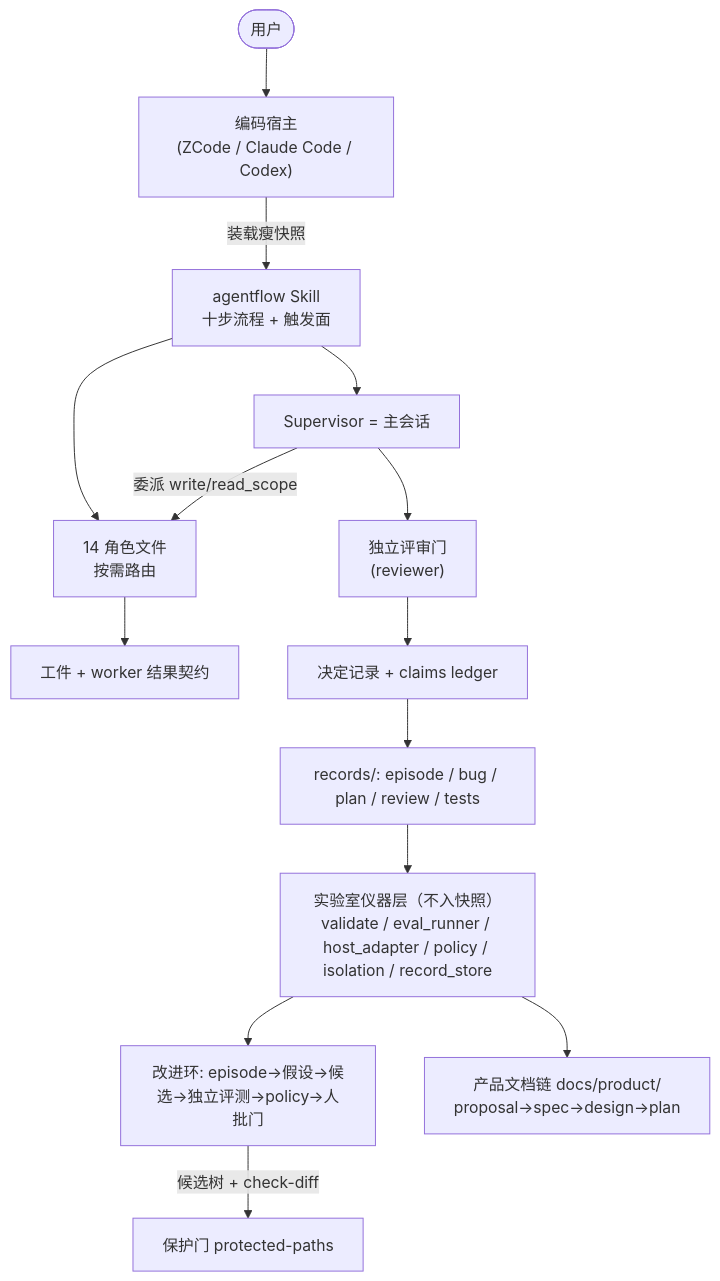
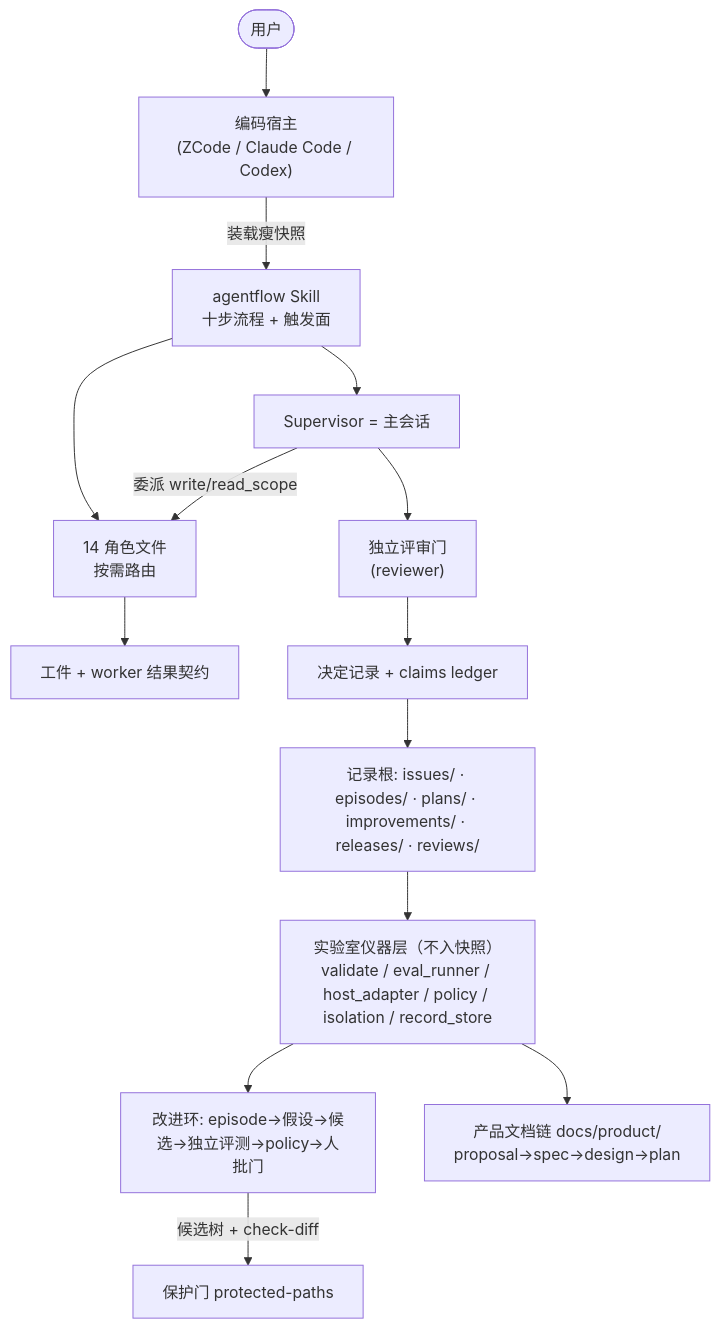
Before and after one commit to Ganseblum/agentflows: the first of 2 diagrams in docs/product/design/product-design.md, drawn with Mermaid. The commit also changed other lines of this file and 302 other files, not shown here.

````diff
--- a/docs/product/design/product-design.md
+++ b/docs/product/design/product-design.md
@@ -47,16 +47,16 @@
 ```mermaid
 flowchart TB
     User(["用户"]) --> Host["编码宿主<br/>(ZCode / Claude Code / Codex)"]
     Host -->|"装载瘦快照"| Skill["agentflow Skill<br/>十步流程 + 触发面"]
     Skill --> Roles["14 角色文件<br/>按需路由"]
     Skill --> Sup["Supervisor = 主会话"]
     Sup -->|"委派 write/read_scope"| Roles
     Roles --> Out["工件 + worker 结果契约"]
     Sup --> Gate1["独立评审门<br/>(reviewer)"]
     Gate1 --> Decide["决定记录 + claims ledger"]
-    Decide --> Ep["records/: episode / bug / plan / review / tests"]
+    Decide --> Ep["记录根: issues/ · episodes/ · plans/ · improvements/ · releases/ · reviews/"]
     Ep --> Inst["实验室仪器层（不入快照）<br/>validate / eval_runner / host_adapter / policy / isolation / record_store"]
     Inst --> Loop["改进环: episode→假设→候选→独立评测→policy→人批门"]
     Loop -->|"候选树 + check-diff"| Gate2["保护门 protected-paths"]
     Inst --> Docs["产品文档链 docs/product/<br/>proposal→spec→design→plan"]
 ```
````
